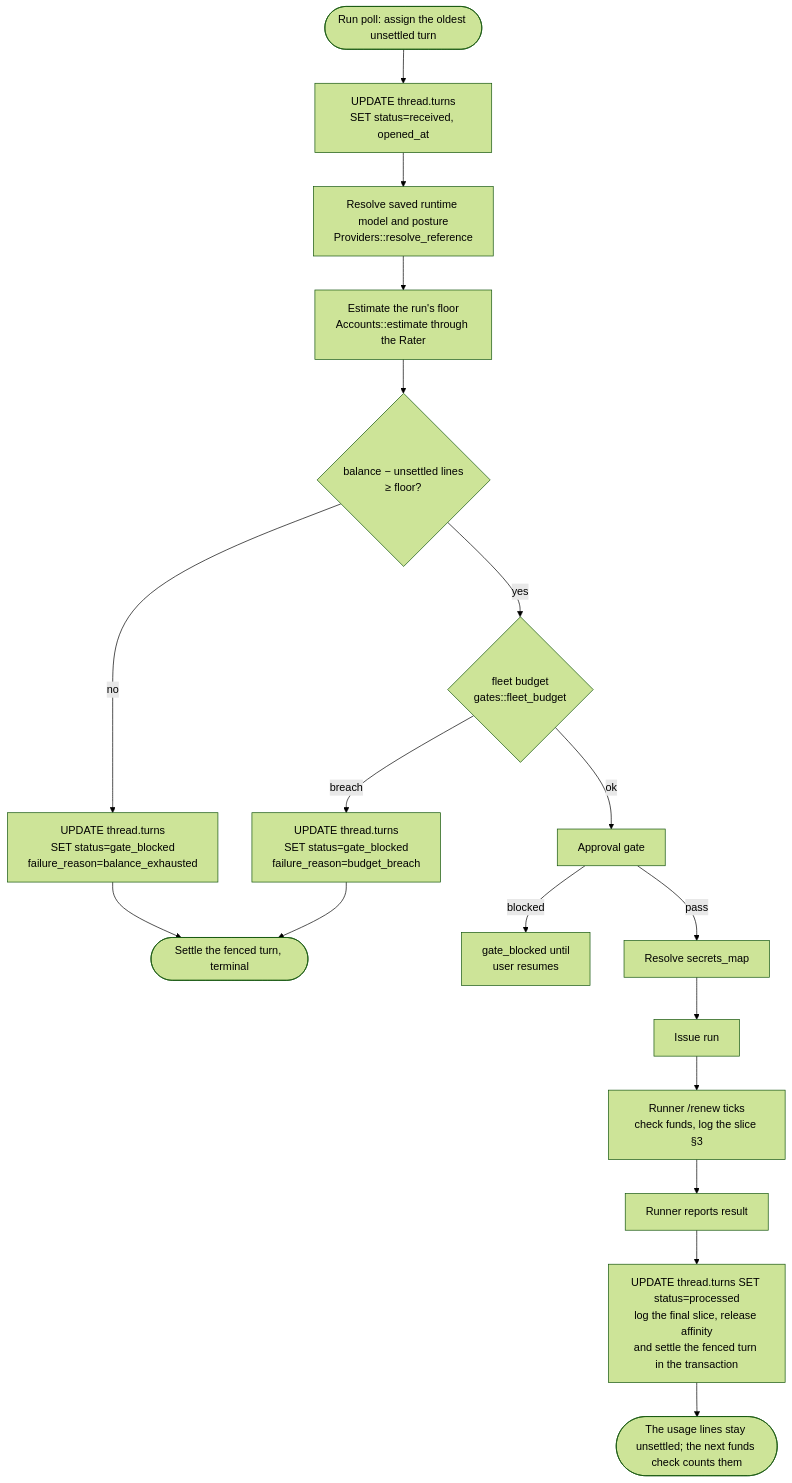
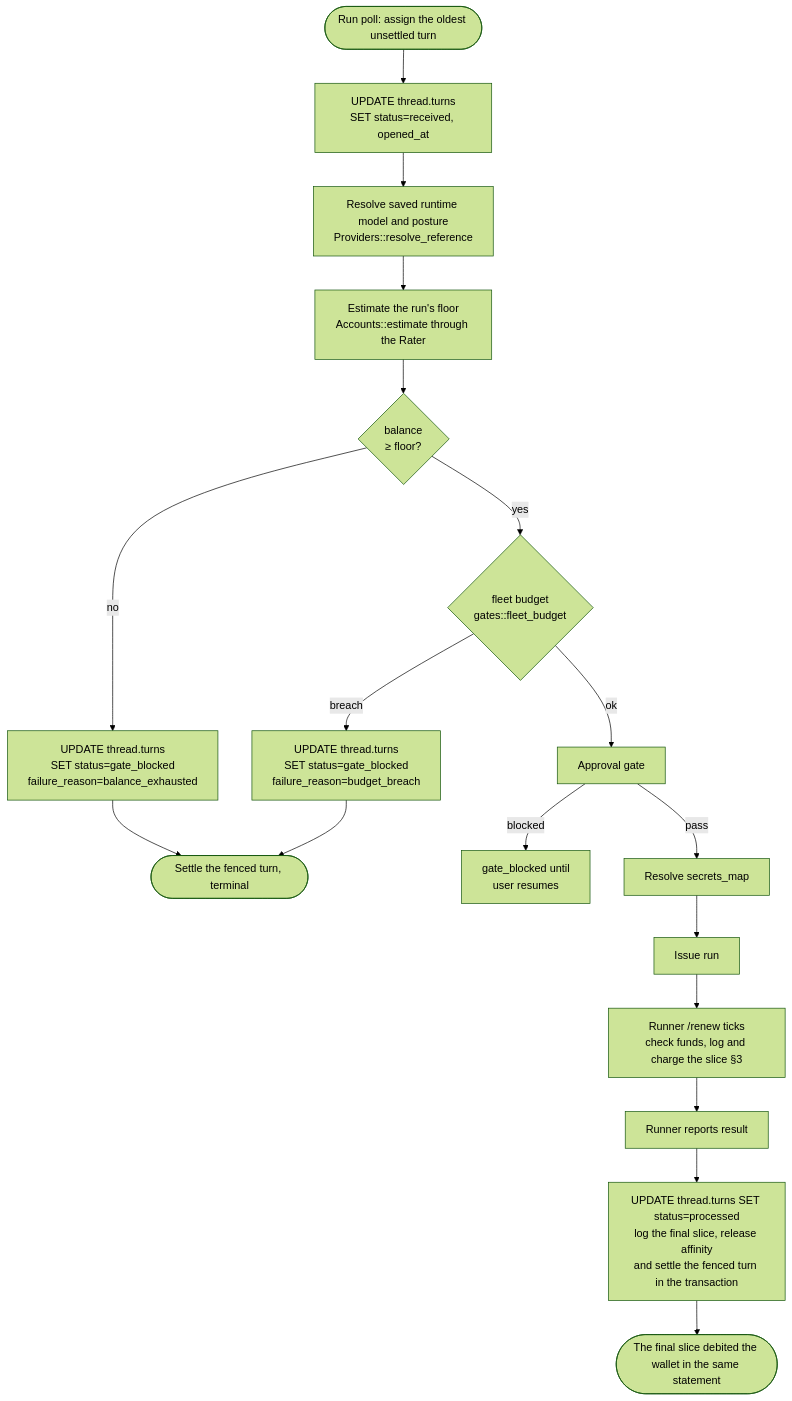
One commit to agentsfleet/agentsfleet changed the diagram in docs/architecture/billing_and_provider_keys.md. Above: the diagram before and after it, drawn with Mermaid (forest theme). The commit also changed other lines of this file and 196 other files, not shown here.

````diff
--- a/docs/architecture/billing_and_provider_keys.md
+++ b/docs/architecture/billing_and_provider_keys.md
@@ -370,20 +379,20 @@
 ```mermaid
 flowchart TD
     A([Run poll: assign the oldest unsettled turn]) --> B[UPDATE thread.turns<br/>SET status=received, opened_at]
     B --> C[Resolve saved runtime model and posture<br/>Providers::resolve_reference]
     C --> D[Estimate the run's floor<br/>Accounts::estimate through the Rater]
-    D --> E{balance − unsettled lines<br/>≥ floor?}
+    D --> E{balance<br/>≥ floor?}
     E -->|no| Block[UPDATE thread.turns<br/>SET status=gate_blocked<br/>failure_reason=balance_exhausted]
     Block --> X1([Settle the fenced turn, terminal])
     E -->|yes| BG{fleet budget<br/>gates::fleet_budget}
     BG -->|breach| BB[UPDATE thread.turns<br/>SET status=gate_blocked<br/>failure_reason=budget_breach]
     BB --> X1
     BG -->|ok| G[Approval gate]
     G -->|blocked| Wait[gate_blocked until<br/>user resumes]
     G -->|pass| H[Resolve secrets_map]
     H --> J[Issue run]
-    J --> Renew[Runner /renew ticks<br/>check funds, log the slice §3]
+    J --> Renew[Runner /renew ticks<br/>check funds, log and charge the slice §3]
     Renew --> K[Runner reports result]
     K --> L[UPDATE thread.turns SET status=processed<br/>log the final slice, release affinity<br/>and settle the fenced turn in the transaction]
-    L --> X2([The usage lines stay unsettled; the next funds check counts them])
+    L --> X2([The final slice debited the wallet in the same statement])
 ```
````
